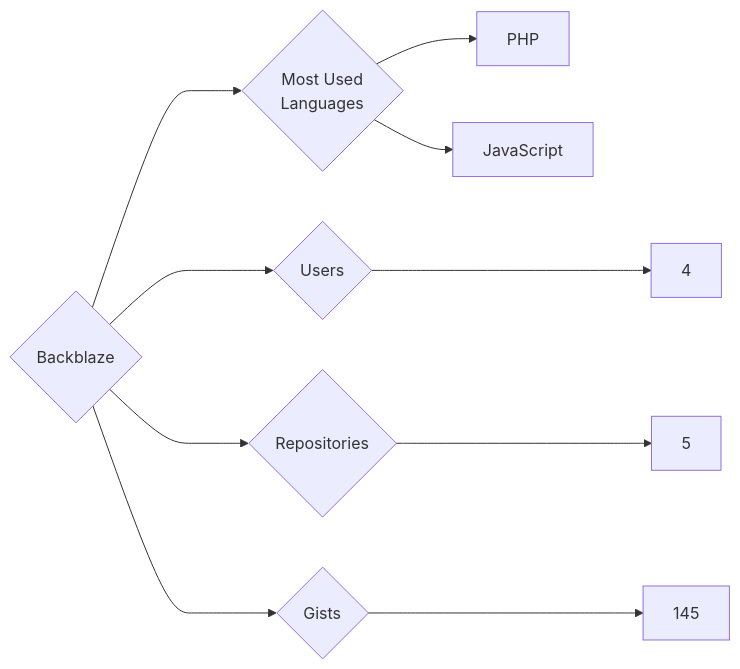
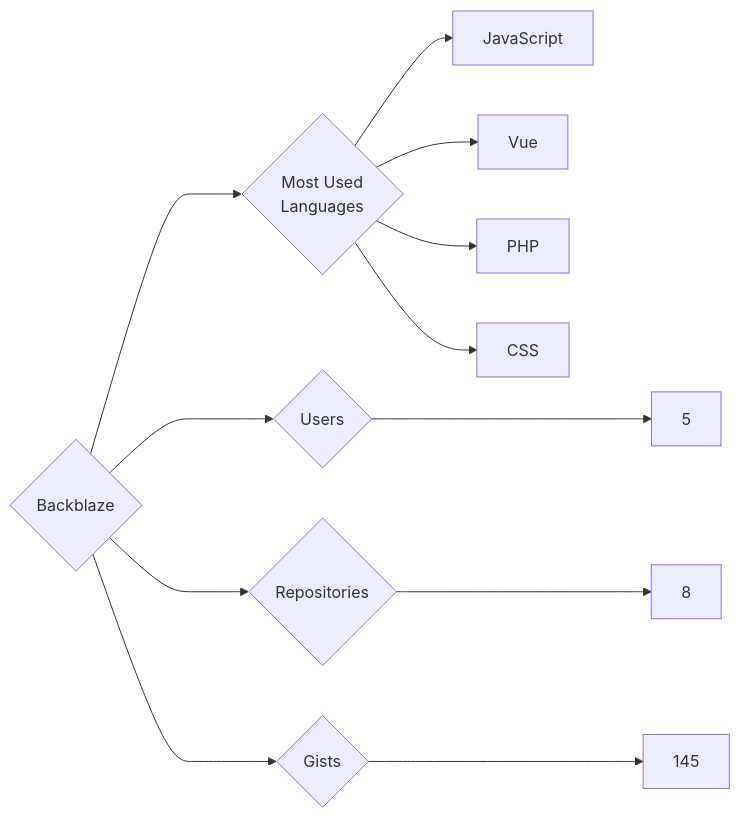
The diagram in targets/Backblaze/README.md (trickest/insiders), drawn with Mermaid before and after one commit. The commit also changed 912 other files, not shown here.

````diff
--- a/targets/Backblaze/README.md
+++ b/targets/Backblaze/README.md
@@ -3,10 +3,12 @@
 ```mermaid
 graph LR
 COMPANY_NAME{Backblaze}
-COMPANY_NAME ---> U{Users} ---> UN[4]
-COMPANY_NAME ---> R{Repositories} ---> RN[5]
+COMPANY_NAME ---> U{Users} ---> UN[5]
+COMPANY_NAME ---> R{Repositories} ---> RN[8]
 COMPANY_NAME ---> G{Gists} ---> GN[145]
 COMPANY_NAME ---> ML{Most Used<br>Languages}
+ML --> JavaScript[JavaScript]
+ML --> Vue[Vue]
 ML --> PHP[PHP]
-ML --> JavaScript[JavaScript]
+ML --> CSS[CSS]
 ```
````
